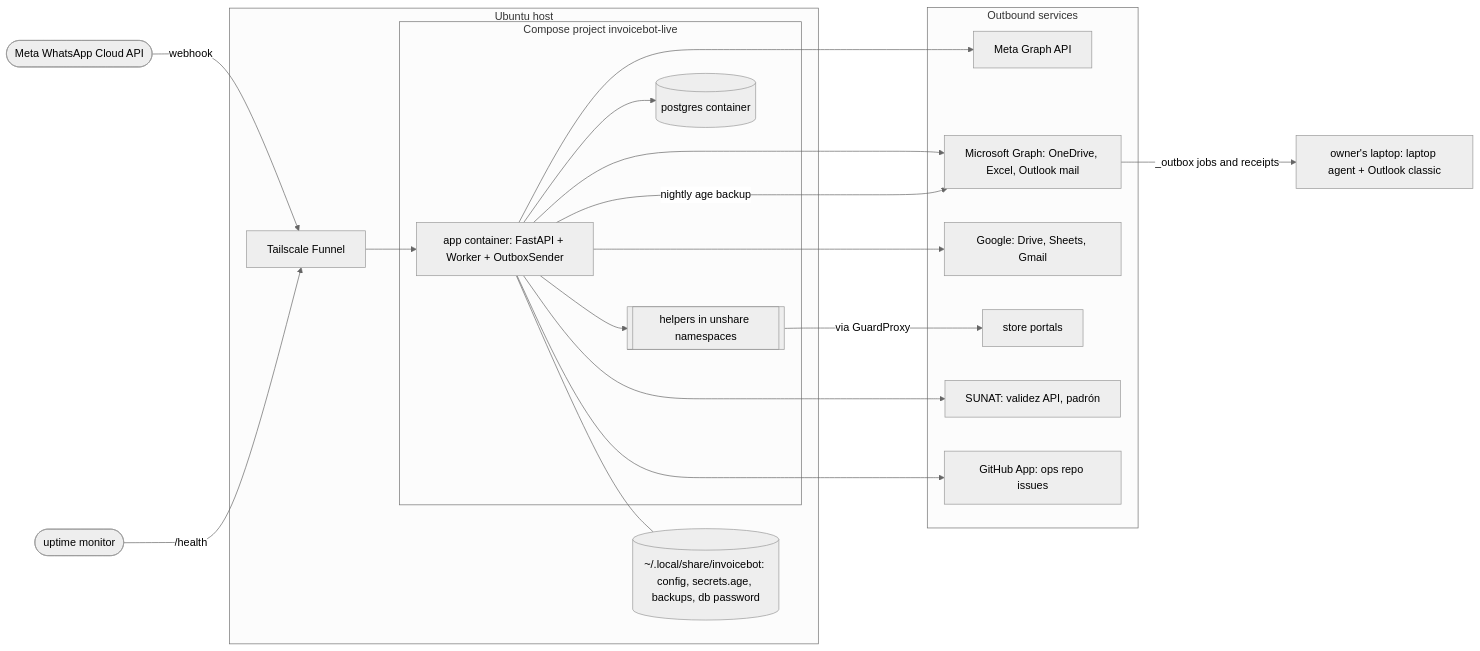
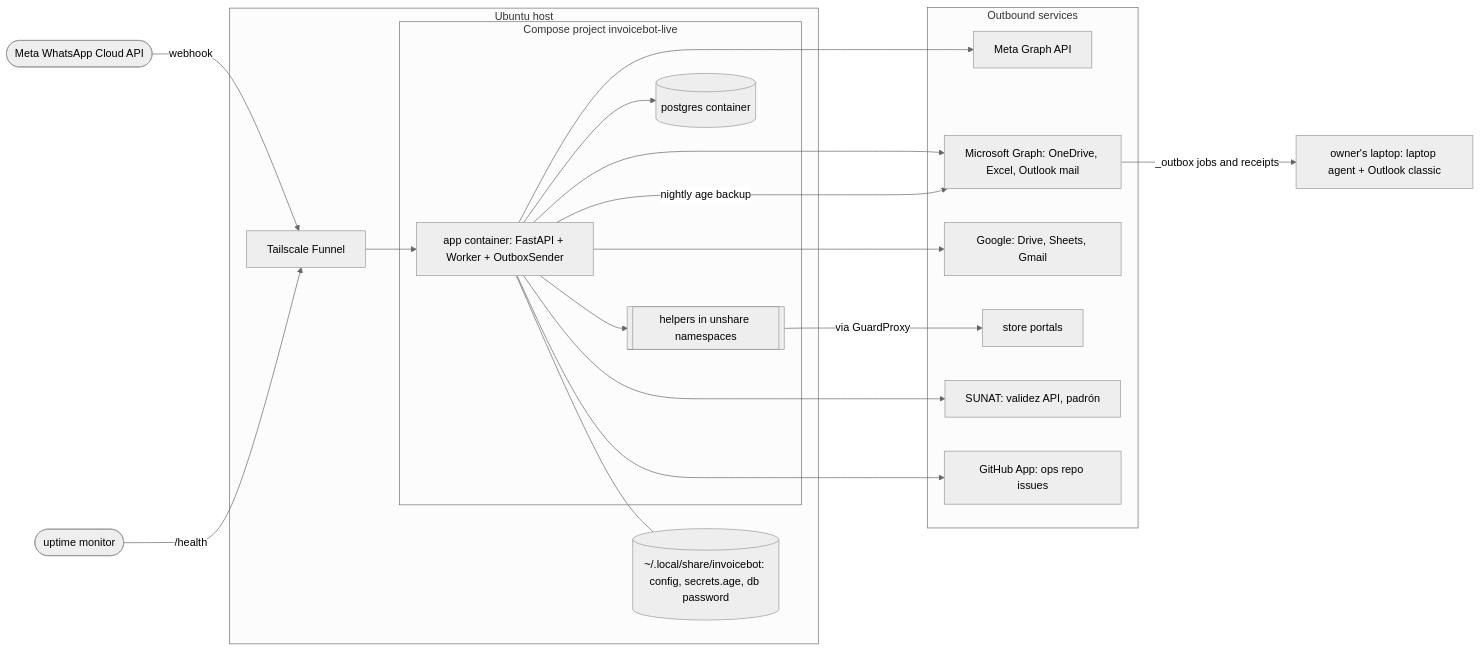
The second of 5 diagrams in docs/architecture.md (makubexD/mk-invoice-bot), drawn with Mermaid (neutral theme) before and after one commit. The commit also changed other lines of this file and 4 other files, not shown here.

````diff
--- a/docs/architecture.md
+++ b/docs/architecture.md
@@ -123,40 +124,40 @@
 ```mermaid
 flowchart LR
     meta(["Meta WhatsApp Cloud API"])
     uptime(["uptime monitor"])
 
     subgraph host["Ubuntu host"]
         funnel["Tailscale Funnel"]
         subgraph live["Compose project invoicebot-live"]
             app["app container: FastAPI + Worker + OutboxSender"]
             helpers[["helpers in unshare namespaces"]]
             pg[("postgres container")]
         end
-        files[("~/.local/share/invoicebot: config, secrets.age, backups, db password")]
+        files[("~/.local/share/invoicebot: config, secrets.age, db password")]
     end
 
     subgraph cloud["Outbound services"]
         metagraph["Meta Graph API"]
         ms["Microsoft Graph: OneDrive, Excel, Outlook mail"]
         google["Google: Drive, Sheets, Gmail"]
         portals["store portals"]
         sunatapi["SUNAT: validez API, padrón"]
         gh["GitHub App: ops repo issues"]
     end
 
     laptop["owner's laptop: laptop agent + Outlook classic"]
 
     meta -- webhook --> funnel --> app
     uptime -- /health --> funnel
     app --> pg
     app --> helpers
     app --- files
     app --> metagraph
     app --> ms
     app --> google
     helpers -- via GuardProxy --> portals
     app --> sunatapi
     app --> gh
     app -- nightly age backup --> ms
     ms -- _outbox jobs and receipts --> laptop
 ```
````
